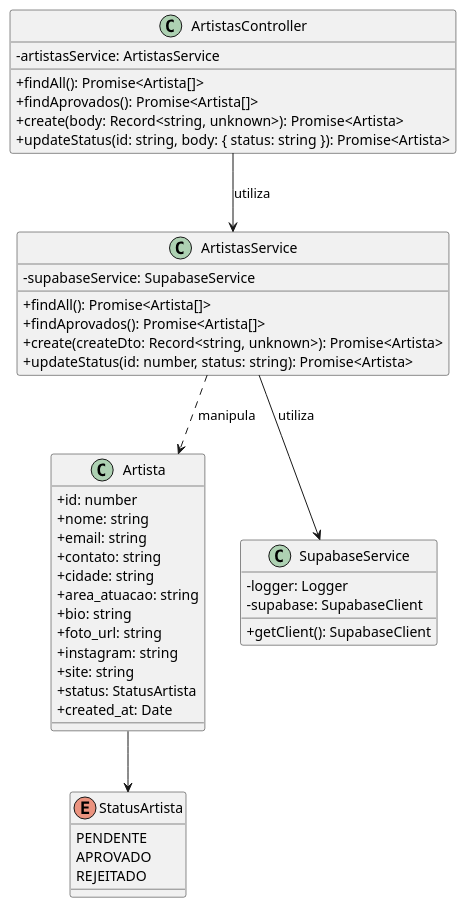
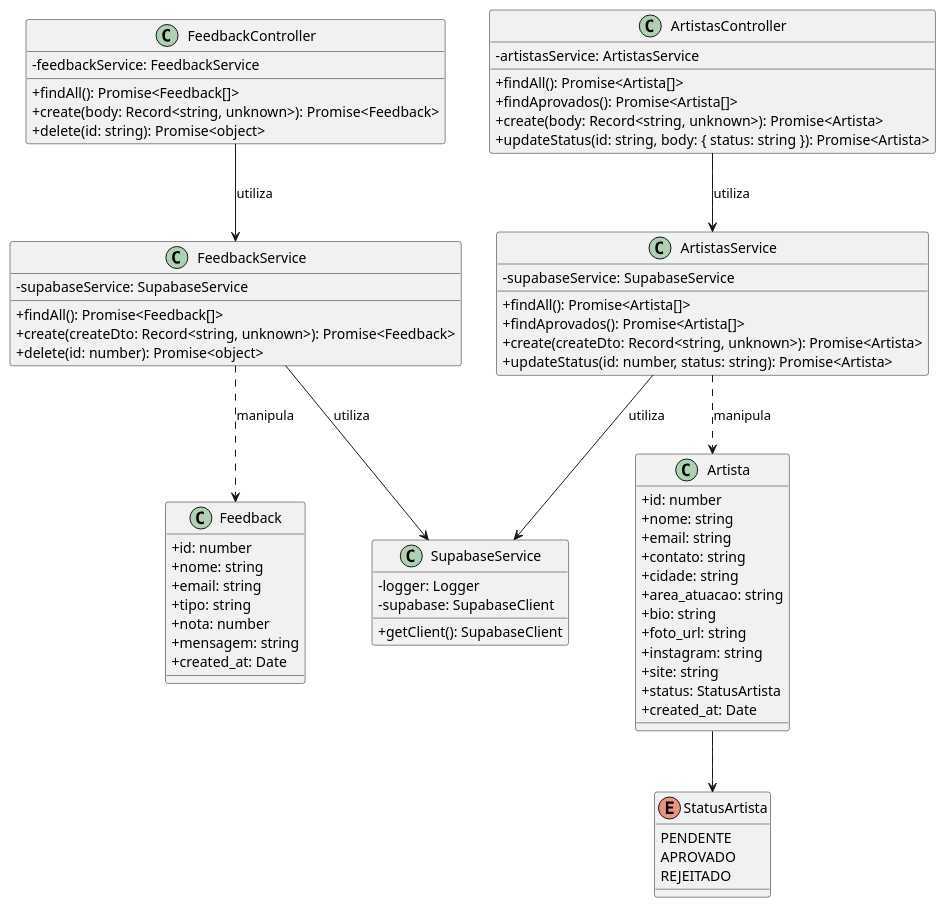
One commit to heduardowitkoski/cadastroDeArtistas changed the second of 4 diagrams in DIAGRAMAS_UML.md. Above: the diagram before and after it, drawn with PlantUML. The commit also changed other lines of this file and 1 other file, not shown here.

Commit message:
docs: adicionar diagramas Mermaid e atualizar UML com modulo de feedback

````diff
--- a/DIAGRAMAS_UML.md
+++ b/DIAGRAMAS_UML.md
@@ -50,54 +56,82 @@
 ```plantuml
 @startuml Diagrama_de_Classes
 skinparam classAttributeIconSize 0
 skinparam shadowing false
 
 enum StatusArtista {
   PENDENTE
   APROVADO
   REJEITADO
 }
 
 class Artista {
   +id: number
   +nome: string
   +email: string
   +contato: string
   +cidade: string
   +area_atuacao: string
   +bio: string
   +foto_url: string
   +instagram: string
   +site: string
   +status: StatusArtista
   +created_at: Date
 }
 
 class ArtistasController {
   -artistasService: ArtistasService
   +findAll(): Promise<Artista[]>
   +findAprovados(): Promise<Artista[]>
   +create(body: Record<string, unknown>): Promise<Artista>
   +updateStatus(id: string, body: { status: string }): Promise<Artista>
 }
 
 class ArtistasService {
   -supabaseService: SupabaseService
   +findAll(): Promise<Artista[]>
   +findAprovados(): Promise<Artista[]>
   +create(createDto: Record<string, unknown>): Promise<Artista>
   +updateStatus(id: number, status: string): Promise<Artista>
 }
 
+class FeedbackController {
+  -feedbackService: FeedbackService
+  +findAll(): Promise<Feedback[]>
+  +create(body: Record<string, unknown>): Promise<Feedback>
+  +delete(id: string): Promise<object>
+}
+
+class FeedbackService {
+  -supabaseService: SupabaseService
+  +findAll(): Promise<Feedback[]>
+  +create(createDto: Record<string, unknown>): Promise<Feedback>
+  +delete(id: number): Promise<object>
+}
+
+class Feedback {
+  +id: number
+  +nome: string
+  +email: string
+  +tipo: string
+  +nota: number
+  +mensagem: string
+  +created_at: Date
+}
+
 class SupabaseService {
   -logger: Logger
   -supabase: SupabaseClient
   +getClient(): SupabaseClient
 }
 
 ArtistasController --> ArtistasService : utiliza
 ArtistasService --> SupabaseService : utiliza
 ArtistasService ..> Artista : manipula
 Artista --> StatusArtista
+
+FeedbackController --> FeedbackService : utiliza
+FeedbackService --> SupabaseService : utiliza
+FeedbackService ..> Feedback : manipula
 @enduml
 ```
````
